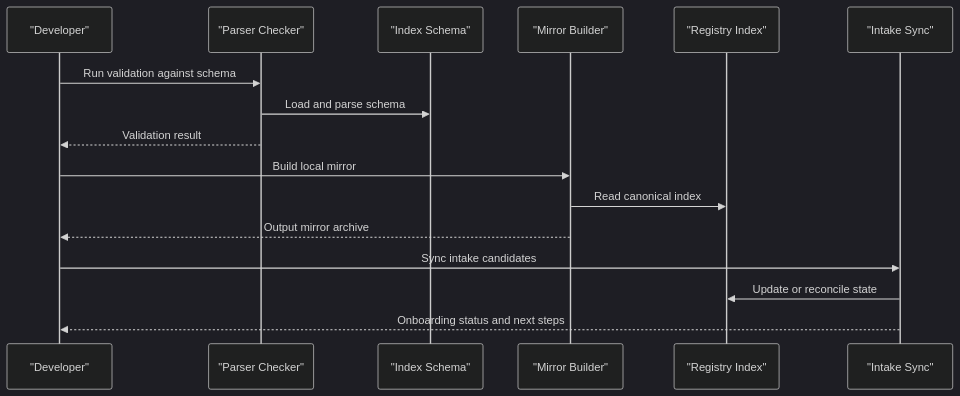
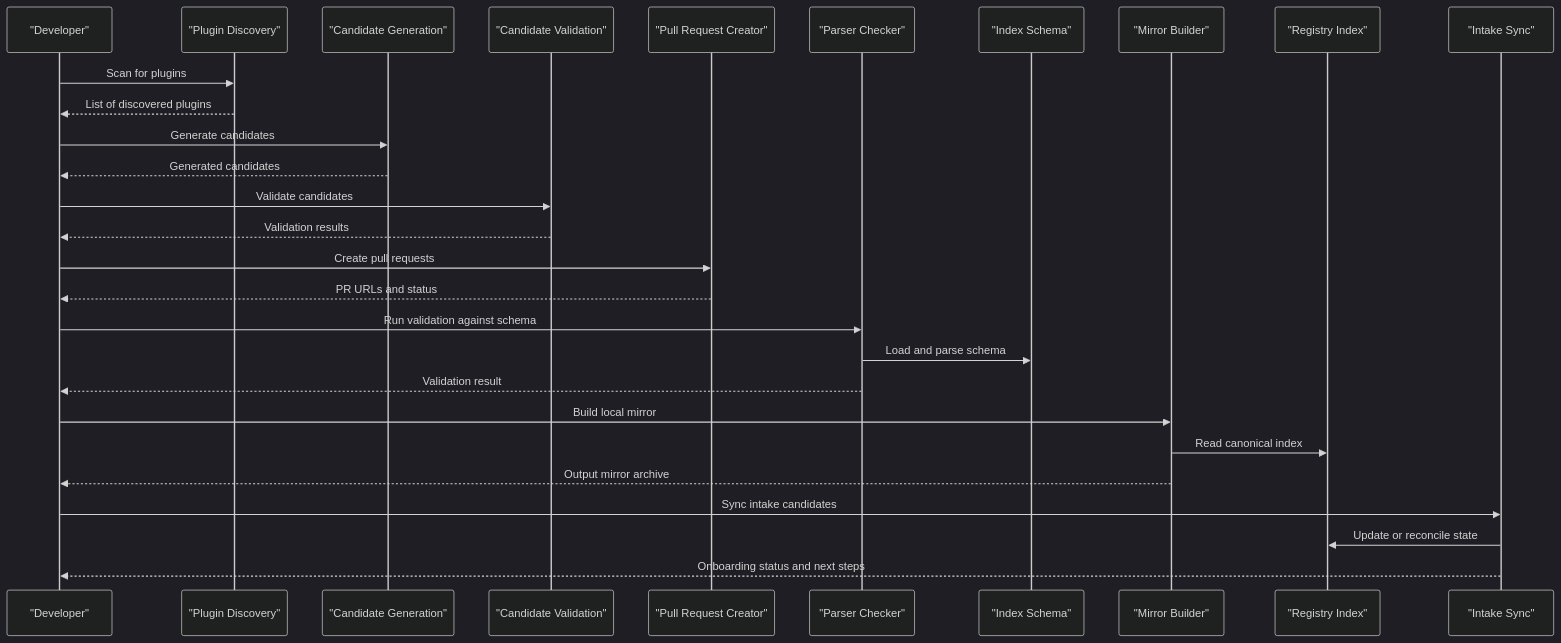
One commit to tonythethompson/numan-registry changed the second of 10 diagrams in .qoder/repowiki/en/content/Tools and Utilities.md. Above: the diagram before and after it, drawn with Mermaid (dark theme). The commit also changed other lines of this file and 37 other files, not shown here.

Commit message:
Add CLAUDE.md, expand backlog schema, update docs

````diff
--- a/.qoder/repowiki/en/content/Tools and Utilities.md
+++ b/.qoder/repowiki/en/content/Tools and Utilities.md
@@ -87,18 +127,30 @@
 ```mermaid
 sequenceDiagram
 participant Dev as "Developer"
+participant Discover as "Plugin Discovery"
+participant Gen as "Candidate Generation"
+participant Validate as "Candidate Validation"
+participant PR as "Pull Request Creator"
 participant Parser as "Parser Checker"
 participant Schema as "Index Schema"
 participant Mirror as "Mirror Builder"
 participant Index as "Registry Index"
 participant Intake as "Intake Sync"
+Dev->>Discover : Scan for plugins
+Discover-->>Dev : List of discovered plugins
+Dev->>Gen : Generate candidates
+Gen-->>Dev : Generated candidates
+Dev->>Validate : Validate candidates
+Validate-->>Dev : Validation results
+Dev->>PR : Create pull requests
+PR-->>Dev : PR URLs and status
 Dev->>Parser : Run validation against schema
 Parser->>Schema : Load and parse schema
 Parser-->>Dev : Validation result
 Dev->>Mirror : Build local mirror
 Mirror->>Index : Read canonical index
 Mirror-->>Dev : Output mirror archive
 Dev->>Intake : Sync intake candidates
 Intake->>Index : Update or reconcile state
 Intake-->>Dev : Onboarding status and next steps
 ```
````
